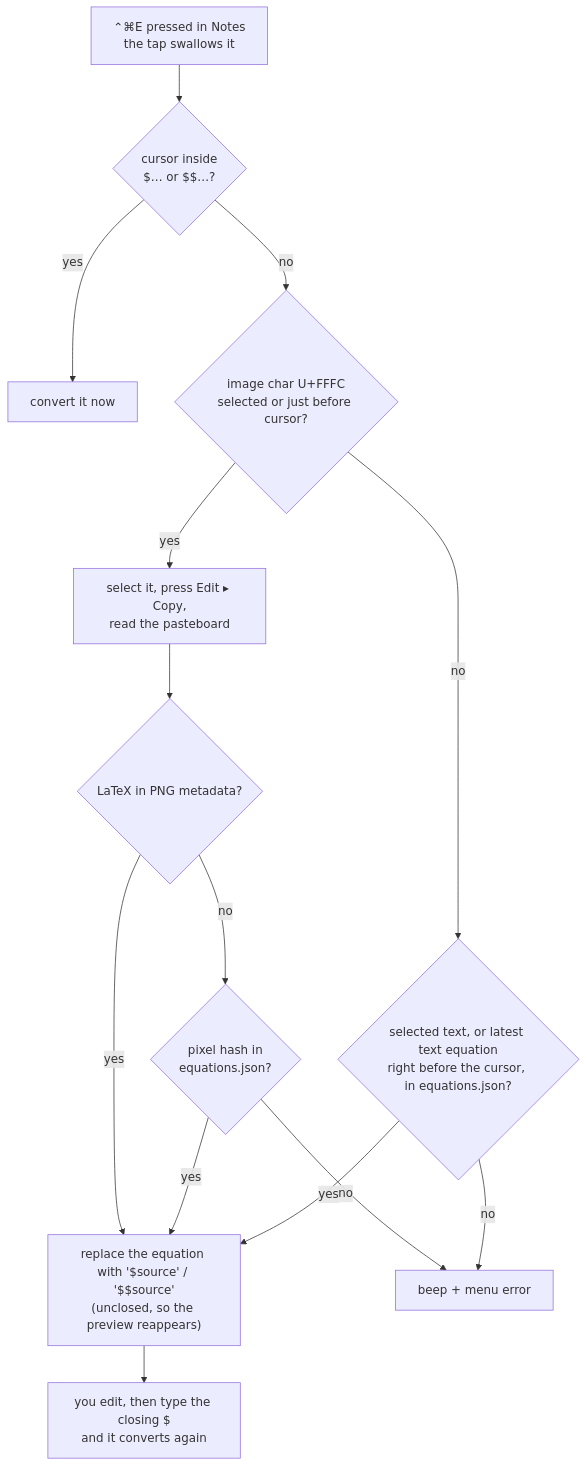
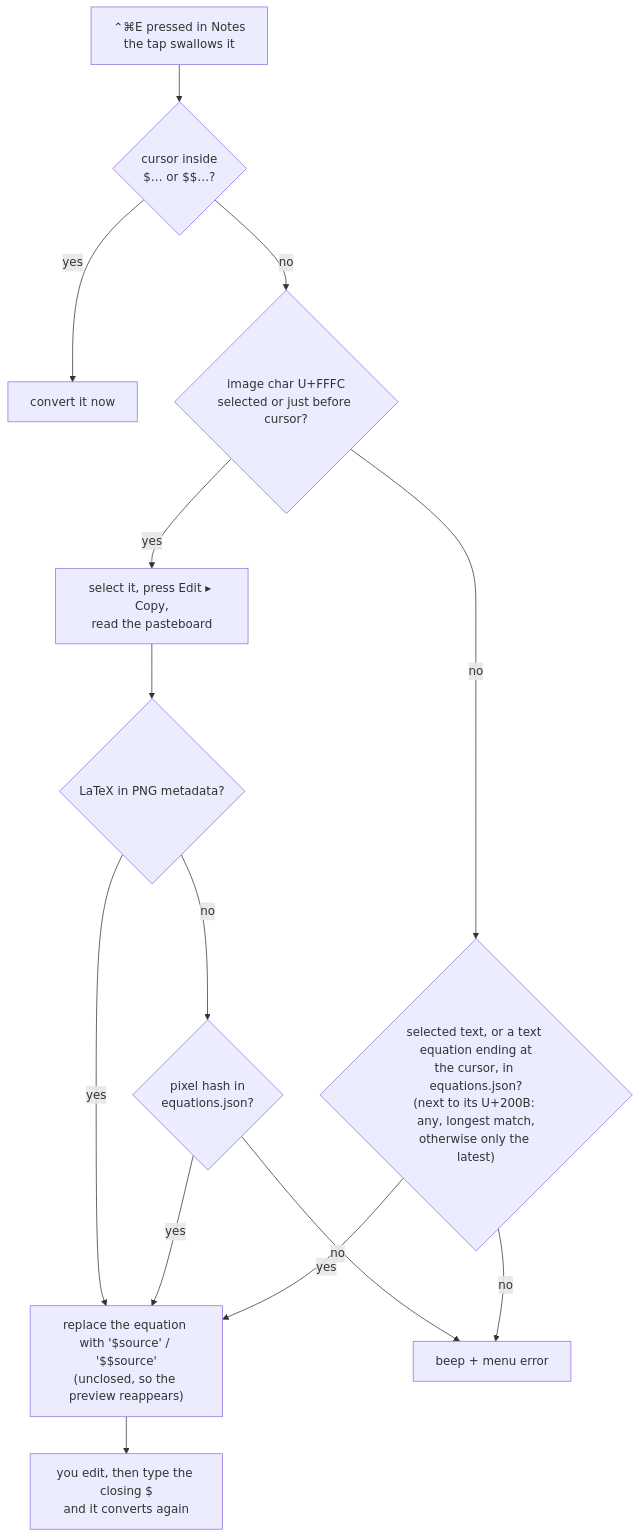
Diagram 12 of 13 in docs/learnings.md (priyanshlunia/pri-notes), drawn with Mermaid before and after one commit. The commit also changed other lines of this file and 8 other files, not shown here.

First line of the commit message:
Fix ⌃⌘E on older text equations and mid-sentence equation editing

````diff
--- a/docs/learnings.md
+++ b/docs/learnings.md
@@ -552,16 +552,16 @@
 ```mermaid
 flowchart TD
     H[⌃⌘E pressed in Notes<br/>the tap swallows it] --> S{"cursor inside<br/>$… or $$…?"}
     S -->|yes| CM[convert it now]
     S -->|no| I{"image char U+FFFC<br/>selected or just before cursor?"}
     I -->|yes| CP["select it, press Edit ▸ Copy,<br/>read the pasteboard"]
     CP --> MD{"LaTeX in PNG metadata?"}
     MD -->|yes| RE
     MD -->|no| PH{"pixel hash in<br/>equations.json?"}
     PH -->|yes| RE
     PH -->|no| ERR[beep + menu error]
-    I -->|no| T{"selected text, or latest text equation<br/>right before the cursor, in equations.json?"}
+    I -->|no| T{"selected text, or a text equation ending at<br/>the cursor, in equations.json?<br/>(next to its U+200B: any, longest match,<br/>otherwise only the latest)"}
     T -->|yes| RE["replace the equation with '$source' / '$$source'<br/>(unclosed, so the preview reappears)"]
     T -->|no| ERR
     RE --> TYPE[you edit, then type the closing $<br/>and it converts again]
 ```
````
